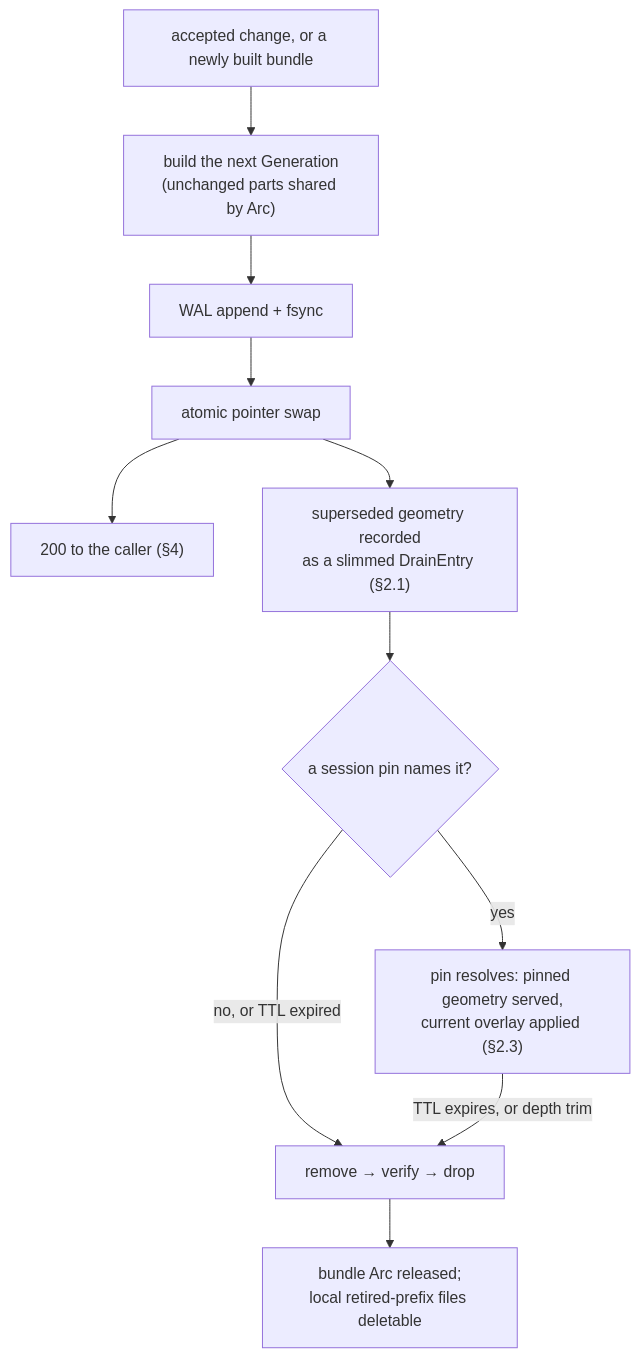
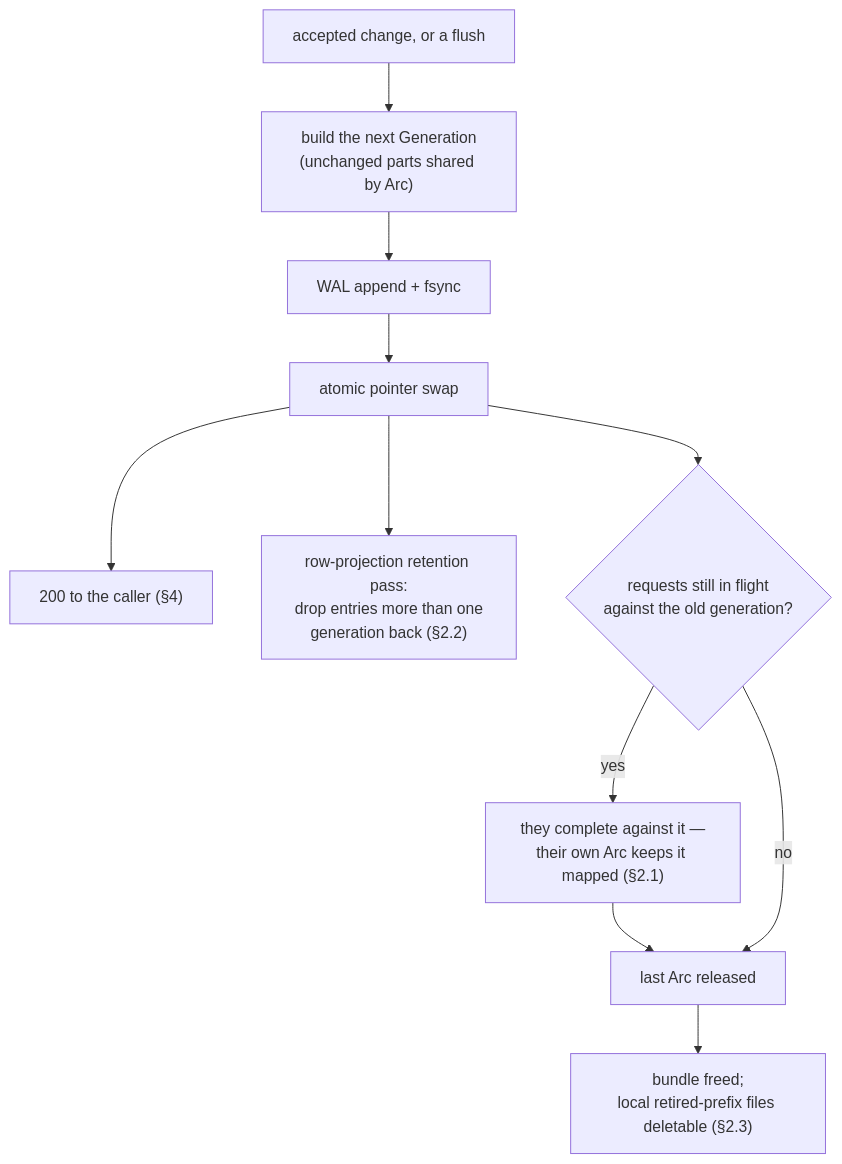
The first of 2 diagrams in docs/design/concurrency-lifecycle.md (jennis0/tesseradb), drawn with Mermaid before and after one commit. The commit also changed other lines of this file and 67 other files, not shown here.

First line of the commit message:
feat(engine): the flush becomes visible, and the pin retention goes

````diff
--- a/docs/design/concurrency-lifecycle.md
+++ b/docs/design/concurrency-lifecycle.md
@@ -59,13 +59,13 @@
 ```mermaid
 flowchart TD
-  A["accepted change, or a newly built bundle"] --> B["build the next Generation<br/>(unchanged parts shared by Arc)"]
+  A["accepted change, or a flush"] --> B["build the next Generation<br/>(unchanged parts shared by Arc)"]
   B --> C["WAL append + fsync"]
   C --> D["atomic pointer swap"]
   D --> E["200 to the caller (§4)"]
-  D --> F["superseded geometry recorded<br/>as a slimmed DrainEntry (§2.1)"]
-  F --> G{"a session pin names it?"}
-  G -- "yes" --> H["pin resolves: pinned geometry served,<br/>current overlay applied (§2.3)"]
-  G -- "no, or TTL expired" --> I["remove → verify → drop"]
-  H -- "TTL expires, or depth trim" --> I
-  I --> J["bundle Arc released;<br/>local retired-prefix files deletable"]
+  D --> F["row-projection retention pass:<br/>drop entries more than one<br/>generation back (§2.2)"]
+  D --> G{"requests still in flight<br/>against the old generation?"}
+  G -- "yes" --> H["they complete against it —<br/>their own Arc keeps it mapped (§2.1)"]
+  H --> I["last Arc released"]
+  G -- "no" --> I
+  I --> J["bundle freed;<br/>local retired-prefix files deletable (§2.3)"]
 ```
````
